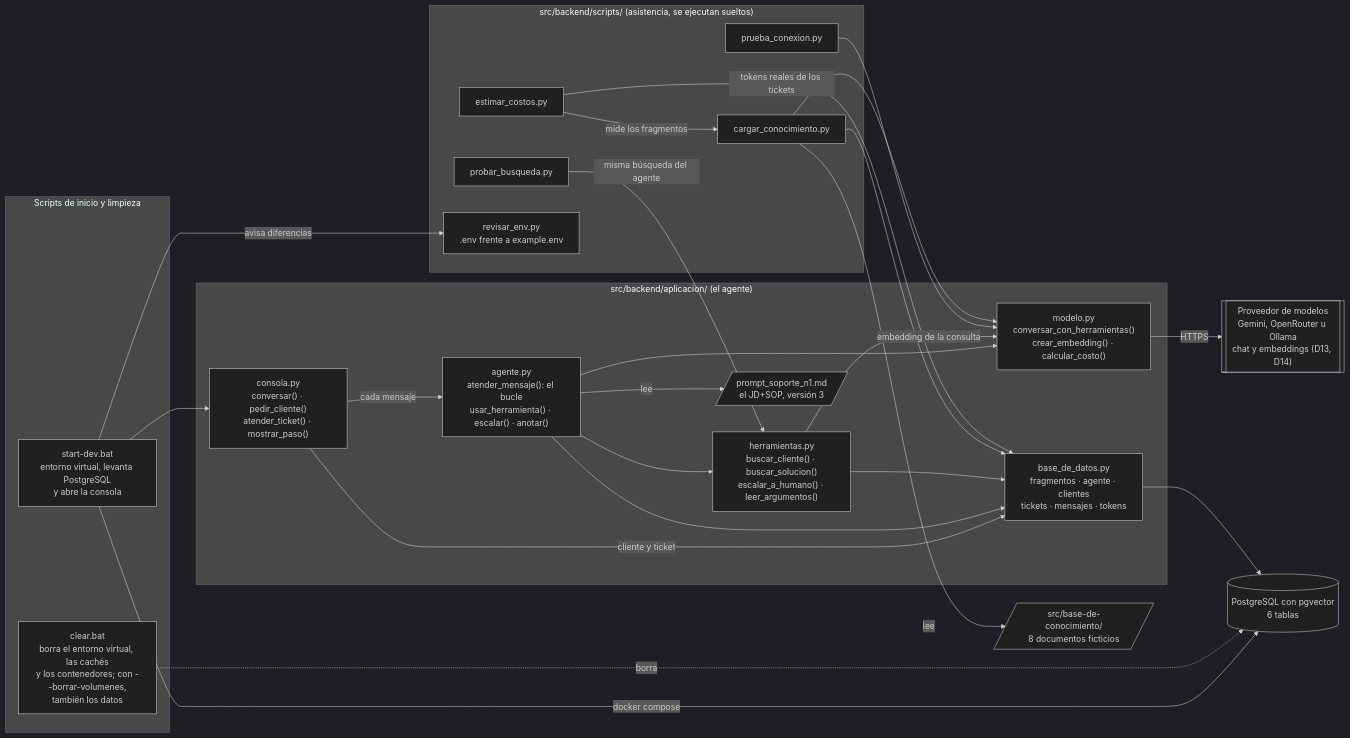
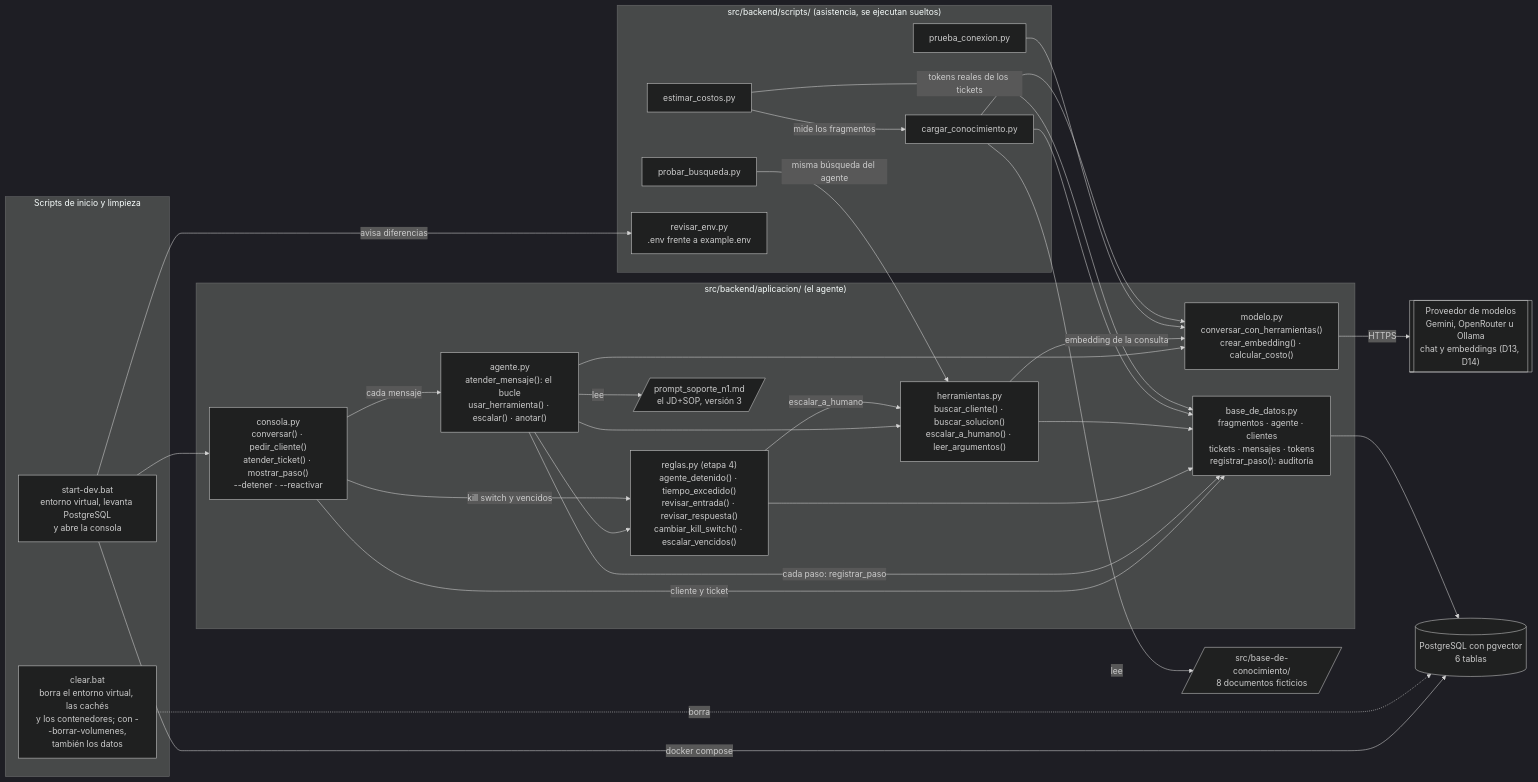
Before and after one commit to edgardo001/ai-agent-manager-estudio-aiam-certiprof-studio: the first of 5 diagrams in estudio/proyecto-agente/agente-soporte-n1/docs/diagramas-del-codigo.md, drawn with Mermaid (dark theme). The commit also changed other lines of this file and 9 other files, not shown here.

Commit message:
docs(agente): documenta la etapa 4, su revisión, la decisión D16 y qué costos se guardan

````diff
--- a/estudio/proyecto-agente/agente-soporte-n1/docs/diagramas-del-codigo.md
+++ b/estudio/proyecto-agente/agente-soporte-n1/docs/diagramas-del-codigo.md
@@ -13,50 +13,55 @@
 ```mermaid
 flowchart LR
     subgraph LANZ["Scripts de inicio y limpieza"]
         DEV["start-dev.bat<br/>entorno virtual, levanta PostgreSQL<br/>y abre la consola"]
         CLR["clear.bat<br/>borra el entorno virtual, las cachés<br/>y los contenedores; con --borrar-volumenes,<br/>también los datos"]
     end
 
     subgraph BACK["src/backend/aplicacion/ (el agente)"]
-        CON["consola.py<br/>conversar() · pedir_cliente()<br/>atender_ticket() · mostrar_paso()"]
+        CON["consola.py<br/>conversar() · pedir_cliente()<br/>atender_ticket() · mostrar_paso()<br/>--detener · --reactivar"]
         AGE["agente.py<br/>atender_mensaje(): el bucle<br/>usar_herramienta() · escalar() · anotar()"]
         HER["herramientas.py<br/>buscar_cliente() · buscar_solucion()<br/>escalar_a_humano() · leer_argumentos()"]
+        REG["reglas.py (etapa 4)<br/>agente_detenido() · tiempo_excedido()<br/>revisar_entrada() · revisar_respuesta()<br/>cambiar_kill_switch() · escalar_vencidos()"]
         MOD["modelo.py<br/>conversar_con_herramientas()<br/>crear_embedding() · calcular_costo()"]
-        BD["base_de_datos.py<br/>fragmentos · agente · clientes<br/>tickets · mensajes · tokens"]
+        BD["base_de_datos.py<br/>fragmentos · agente · clientes<br/>tickets · mensajes · tokens<br/>registrar_paso(): auditoría"]
         PROMPT[/"prompt_soporte_n1.md<br/>el JD+SOP, versión 3"/]
     end
 
     subgraph SCR["src/backend/scripts/ (asistencia, se ejecutan sueltos)"]
         PRU["prueba_conexion.py"]
         CAR["cargar_conocimiento.py"]
         PBU["probar_busqueda.py"]
         EST["estimar_costos.py"]
         REV["revisar_env.py<br/>.env frente a example.env"]
     end
 
     DOCS[/"src/base-de-conocimiento/<br/>8 documentos ficticios"/]
     PG[("PostgreSQL con pgvector<br/>6 tablas")]
     GEM[["Proveedor de modelos<br/>Gemini, OpenRouter u Ollama<br/>chat y embeddings (D13, D14)"]]
 
     DEV --> CON
     DEV -->|docker compose| PG
     CLR -.->|borra| PG
     CON -->|cada mensaje| AGE
     CON -->|cliente y ticket| BD
     AGE -->|lee| PROMPT
     AGE --> MOD
     AGE --> HER
-    AGE --> BD
+    AGE --> REG
+    AGE -->|cada paso: registrar_paso| BD
+    CON -->|kill switch y vencidos| REG
+    REG --> BD
+    REG -->|escalar_a_humano| HER
     HER -->|embedding de la consulta| MOD
     HER --> BD
     PRU --> MOD
     CAR -->|lee| DOCS
     CAR --> MOD
     CAR --> BD
     PBU -->|misma búsqueda del agente| HER
     EST -->|mide los fragmentos| CAR
     EST -->|tokens reales de los tickets| BD
     DEV -->|avisa diferencias| REV
     MOD -->|HTTPS| GEM
     BD --> PG
 ```
````
